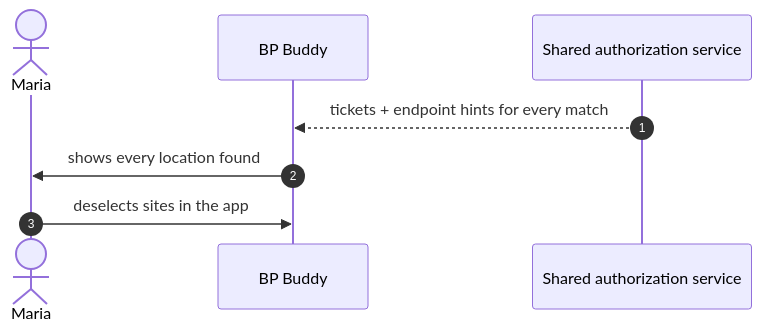
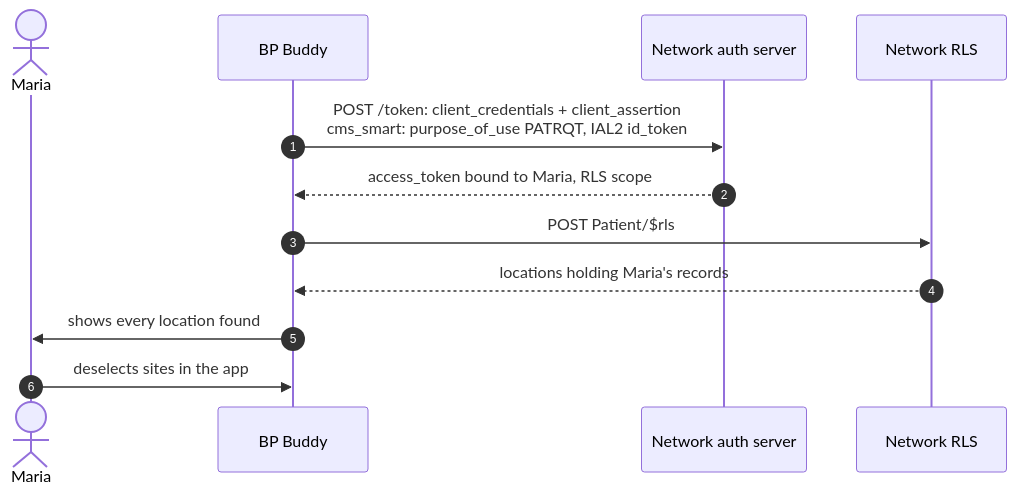
One commit to jmandel/cms-ns changed the ninth of 10 diagrams in authorizing-access.md. Above: the diagram before and after it, drawn with Mermaid. The commit also changed other lines of this file and 1 other file, not shown here.

First line of the commit message:
Parallel twin flows: identical stage names, paired diagrams, aligned rows

````diff
--- a/authorizing-access.md
+++ b/authorizing-access.md
@@ -246,11 +238,15 @@
 ```mermaid
 sequenceDiagram
     autonumber
     actor Maria
     participant App as BP Buddy
-    participant SAS as Shared authorization service
+    participant NAS as Network auth server
+    participant RLS as Network RLS
 
-    SAS-->>App: tickets + endpoint hints for every match
+    App->>NAS: POST /token: client_credentials + client_assertion<br/>cms_smart: purpose_of_use PATRQT, IAL2 id_token
+    NAS-->>App: access_token bound to Maria, RLS scope
+    App->>RLS: POST Patient/$rls
+    RLS-->>App: locations holding Maria's records
     App->>Maria: shows every location found
     Maria->>App: deselects sites in the app
 ```
````
